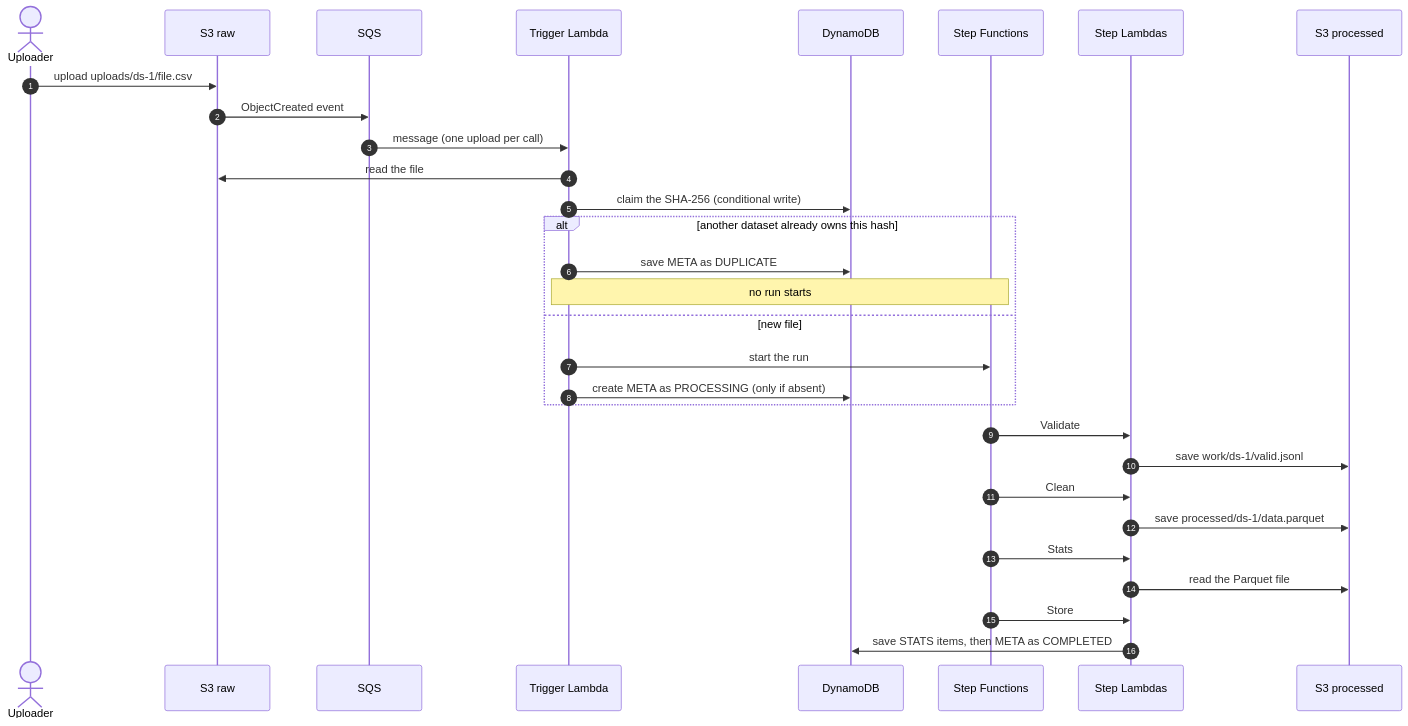
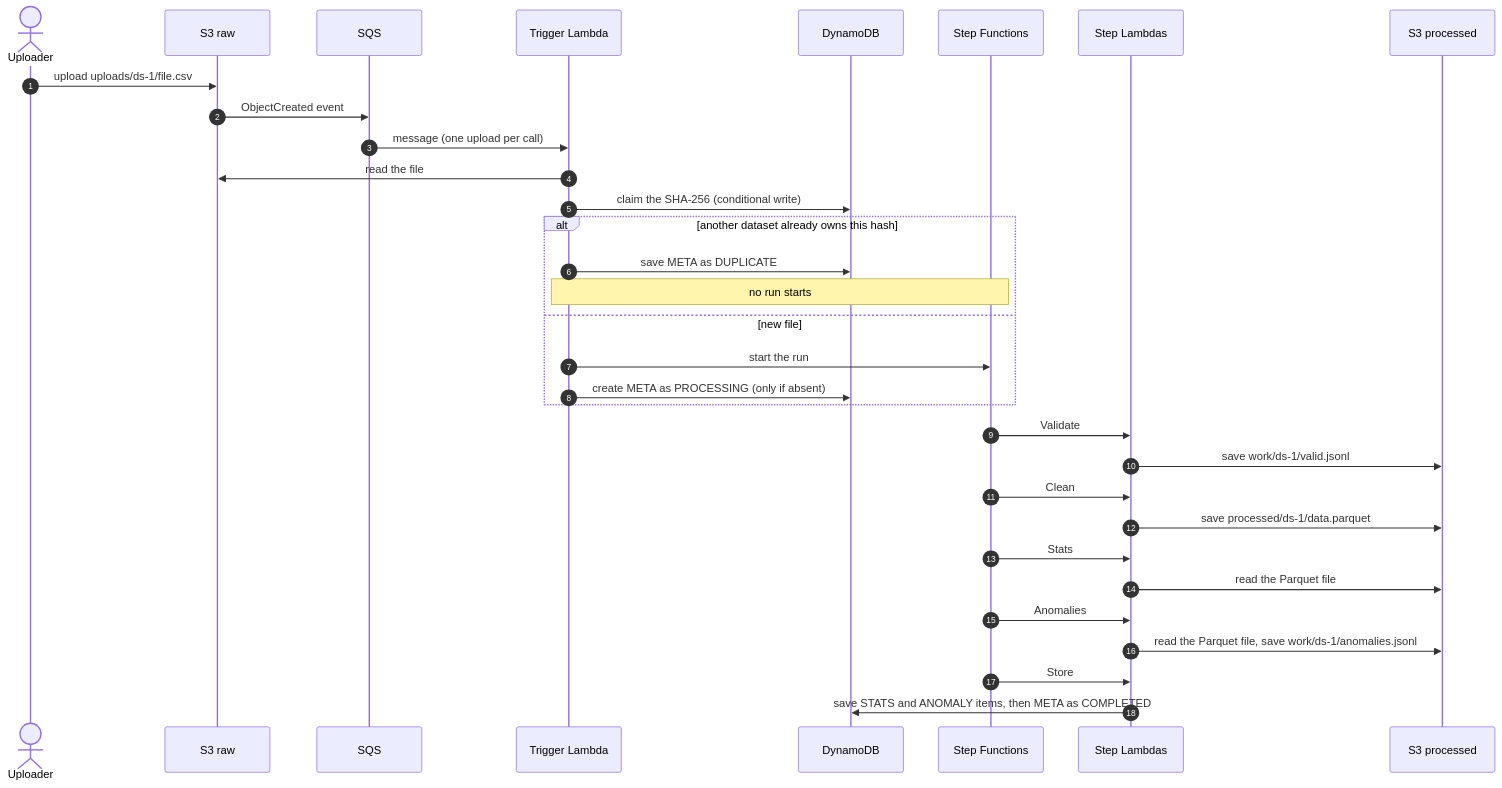
The third of 4 diagrams in README.md (dhananjaya-hbc/gradeflow-serverless-pipeline), drawn with Mermaid before and after one commit. The commit also changed other lines of this file, not shown here.

Commit message:
docs: document phase 5 anomaly detection method, results and reliability

````diff
--- a/README.md
+++ b/README.md
@@ -57,33 +57,35 @@
 ```mermaid
 sequenceDiagram
     autonumber
     actor U as Uploader
     participant S3 as S3 raw
     participant Q as SQS
     participant T as Trigger Lambda
     participant D as DynamoDB
     participant W as Step Functions
     participant L as Step Lambdas
     participant P as S3 processed
 
     U->>S3: upload uploads/ds-1/file.csv
     S3->>Q: ObjectCreated event
     Q->>T: message (one upload per call)
     T->>S3: read the file
     T->>D: claim the SHA-256 (conditional write)
     alt another dataset already owns this hash
         T->>D: save META as DUPLICATE
         Note over T,W: no run starts
     else new file
         T->>W: start the run
         T->>D: create META as PROCESSING (only if absent)
     end
     W->>L: Validate
     L->>P: save work/ds-1/valid.jsonl
     W->>L: Clean
     L->>P: save processed/ds-1/data.parquet
     W->>L: Stats
     L->>P: read the Parquet file
+    W->>L: Anomalies
+    L->>P: read the Parquet file, save work/ds-1/anomalies.jsonl
     W->>L: Store
-    L->>D: save STATS items, then META as COMPLETED
+    L->>D: save STATS and ANOMALY items, then META as COMPLETED
 ```
````
